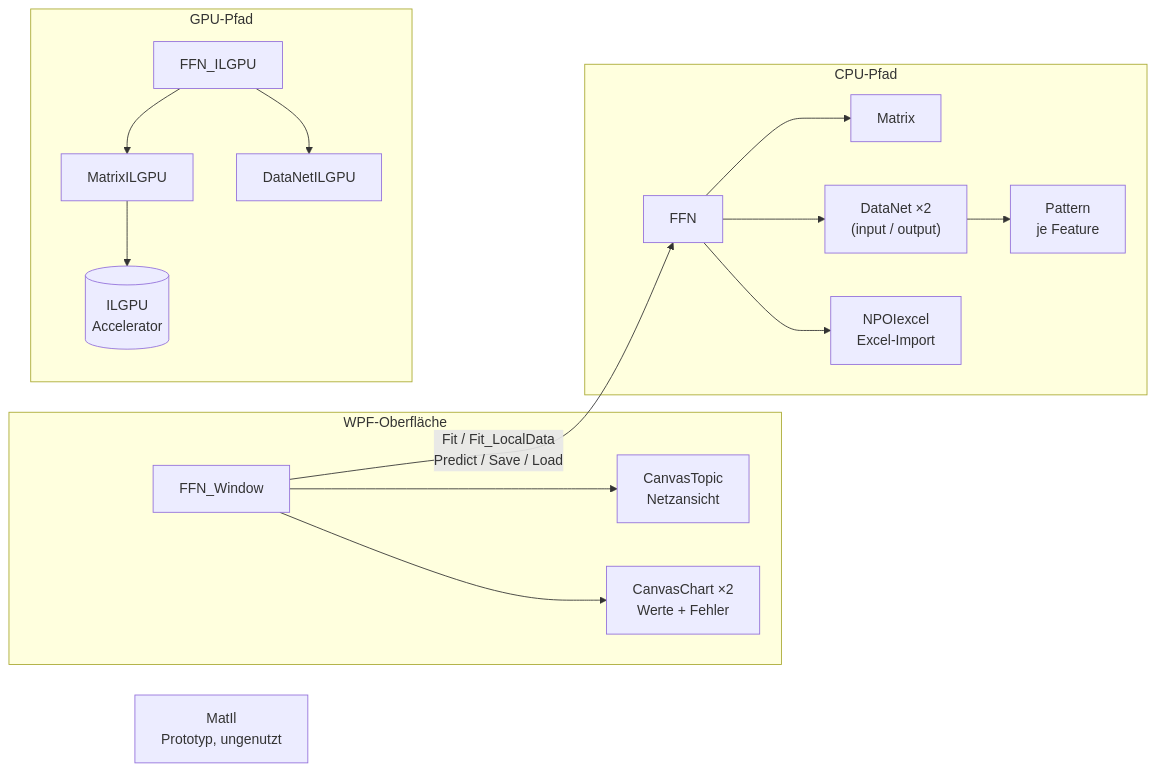
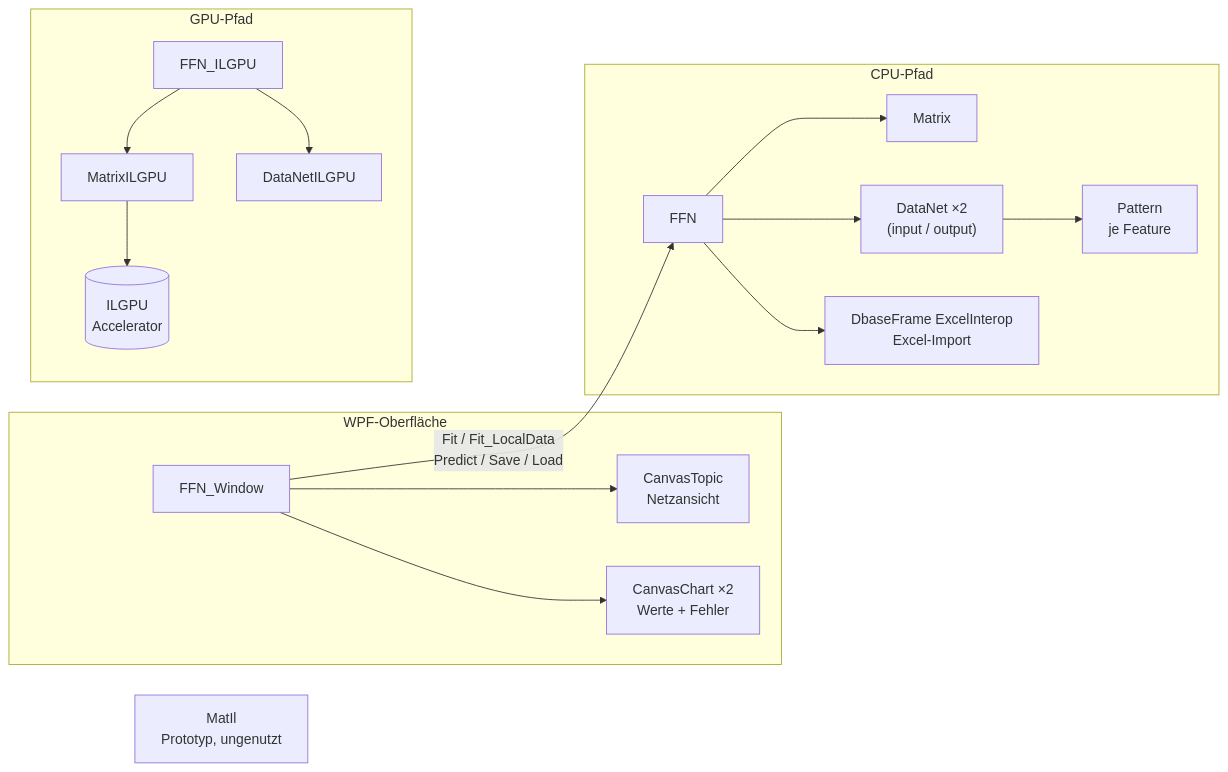
One commit to MarcTolkmitt/MatrixFFN changed the first of 2 diagrams in MatrixFFN-Architektur.md. Above: the diagram before and after it, drawn with Mermaid. The commit also changed other lines of this file and 11 other files, not shown here.

````diff
--- a/MatrixFFN-Architektur.md
+++ b/MatrixFFN-Architektur.md
@@ -19,27 +21,27 @@
 ```mermaid
 flowchart LR
     subgraph UI["WPF-Oberfläche"]
         W[FFN_Window]
         CT[CanvasTopic<br/>Netzansicht]
         CC[CanvasChart ×2<br/>Werte + Fehler]
         W --> CT
         W --> CC
     end
 
     W -->|Fit / Fit_LocalData<br/>Predict / Save / Load| F[FFN]
 
     subgraph CPU["CPU-Pfad"]
         F --> M[Matrix]
         F --> DN["DataNet ×2<br/>(input / output)"]
         DN --> P[Pattern<br/>je Feature]
-        F --> NP[NPOIexcel<br/>Excel-Import]
+        F --> NP[DbaseFrame ExcelInterop<br/>Excel-Import]
     end
 
     subgraph GPU["GPU-Pfad"]
         FI[FFN_ILGPU] --> MI[MatrixILGPU]
         FI --> DNI[DataNetILGPU]
         MI --> IL[(ILGPU<br/>Accelerator)]
     end
 
     X[MatIl<br/>Prototyp, ungenutzt]
 ```
````
